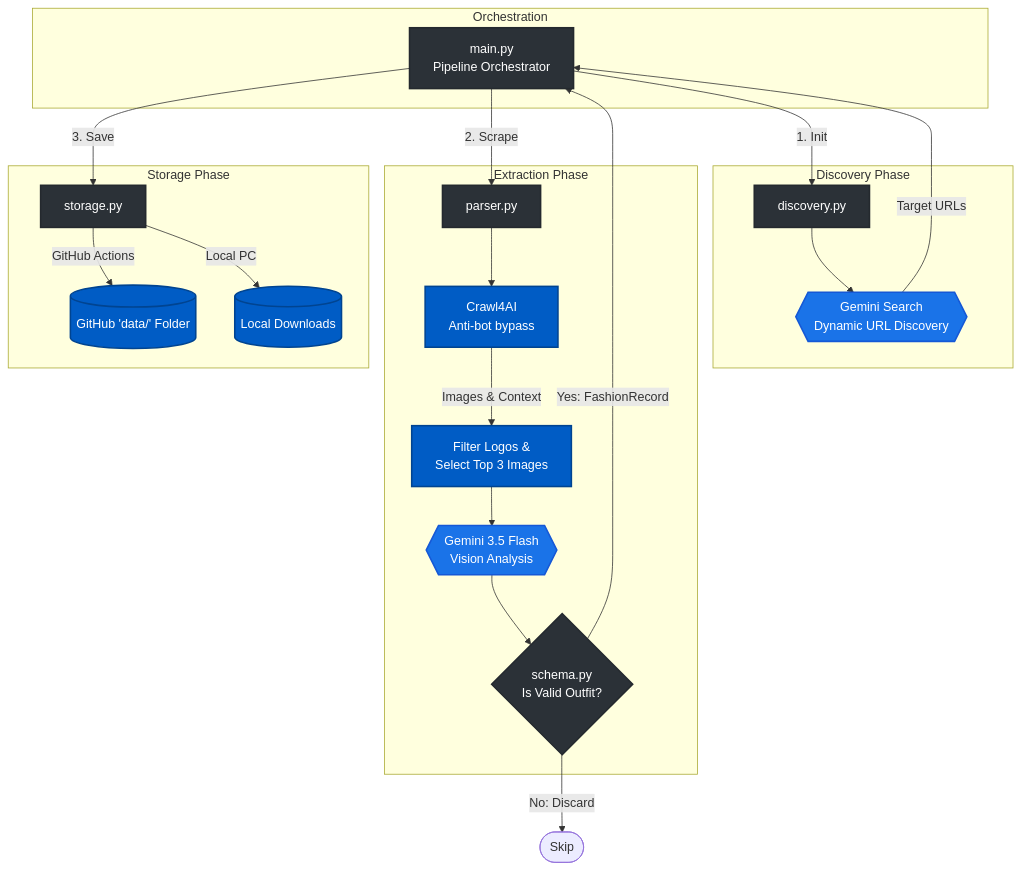
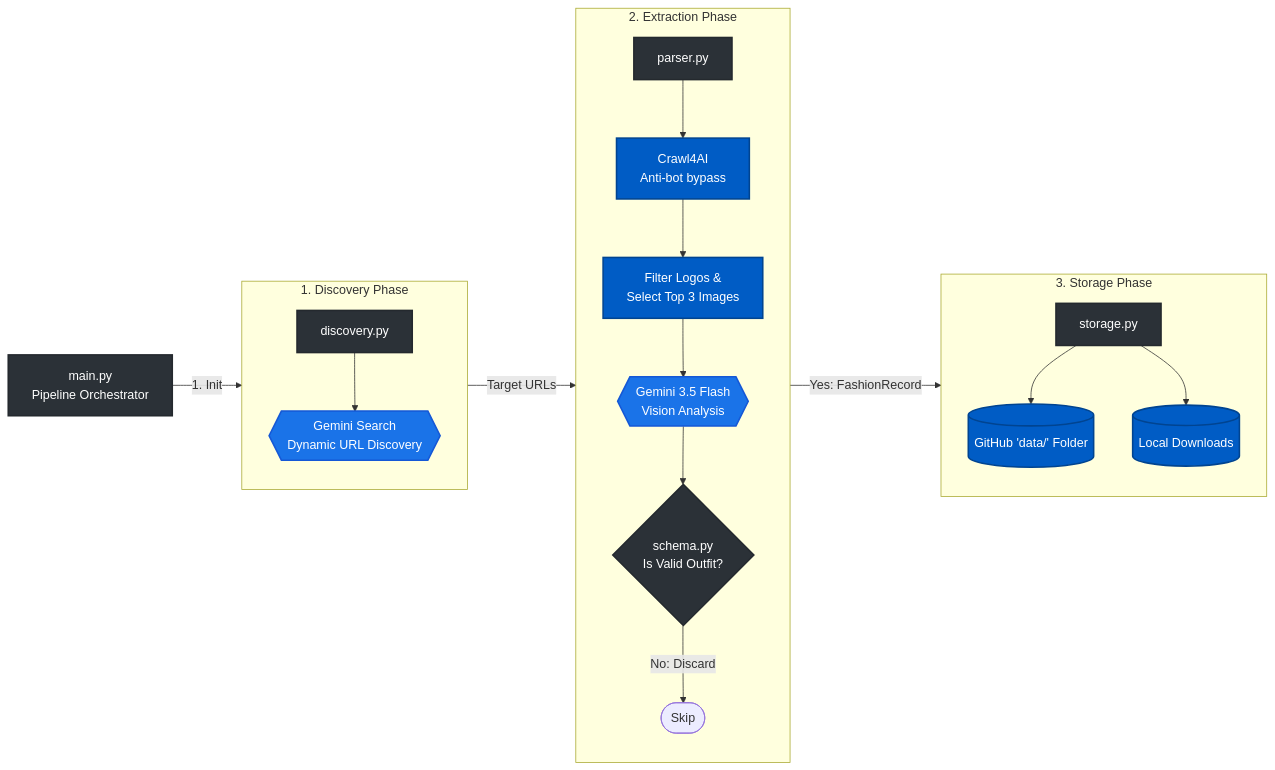
The diagram in README.md (kleinnconrad/style_dataset), drawn with Mermaid before and after one commit.

Commit message:
fix: rework mermaid diagram entirely

````diff
--- a/README.md
+++ b/README.md
@@ -55,57 +55,38 @@
 ```mermaid
-flowchart TD
-    subgraph Orchestration
-        Main[main.py<br>Pipeline Orchestrator]
+flowchart LR
+    Main[main.py<br>Pipeline Orchestrator]
+
+    Main -->|1. Init| Disc
+
+    subgraph Phase1 [1. Discovery Phase]
+        direction TB
+        Disc[discovery.py] --> GemSearch{{Gemini Search<br>Dynamic URL Discovery}}
     end
 
-    subgraph Discovery Phase
-        Disc[discovery.py]
-        GemSearch{{Gemini Search<br>Dynamic URL Discovery}}
+    GemSearch -->|Target URLs| Parse
+
+    subgraph Phase2 [2. Extraction Phase]
+        direction TB
+        Parse[parser.py] --> Crawl[Crawl4AI<br>Anti-bot bypass]
+        Crawl --> Filter[Filter Logos &<br>Select Top 3 Images]
+        Filter --> Vision{{Gemini 3.5 Flash<br>Vision Analysis}}
+        Vision --> Schema{schema.py<br>Is Valid Outfit?}
+        Schema -->|No: Discard| Discard([Skip])
     end
 
-    subgraph Extraction Phase
-        Parse[parser.py]
-        Crawl[Crawl4AI<br>Anti-bot bypass]
-        Filter[Filter Logos &<br>Select Top 3 Images]
-        Vision{{Gemini 3.5 Flash<br>Vision Analysis}}
-        Schema{schema.py<br>Is Valid Outfit?}
+    Schema -->|Yes: FashionRecord| Store
+
+    subgraph Phase3 [3. Storage Phase]
+        direction TB
+        Store[storage.py] --> Git[(GitHub 'data/' Folder)]
+        Store --> Local[(Local Downloads)]
     end
-
-    subgraph Storage Phase
-        Store[storage.py]
-        Git[(GitHub 'data/' Folder)]
-        Local[(Local Downloads)]
-    end
-
-    %% Define main branches 1, 2, 3
-    Main -->|1. Init| Disc
-    Main -->|2. Scrape| Parse
-    Main -->|3. Save| Store
-    
-    Disc --> GemSearch
-    
-    Parse --> Crawl
-    Crawl -->|Images & Context| Filter
-    Filter --> Vision
-    Vision --> Schema
-    Schema -->|No: Discard| Discard([Skip])
-
-    Store -->|GitHub Actions| Git
-    Store -->|Local PC| Local
-
-    %% Back edges for Discovery and Extraction
-    GemSearch -->|Target URLs| Main
-    Schema -->|Yes: FashionRecord| Main
-
-    %% Invisible back edges for Storage to balance Dagre's cycle resolution
-    Git ~~~ Main
-    Local ~~~ Main
 
     classDef script fill:#2b3137,stroke:#24292e,stroke-width:2px,color:#fff;
     classDef model fill:#1a73e8,stroke:#1558d6,stroke-width:2px,color:#fff;
     classDef logic fill:#005cc5,stroke:#004491,stroke-width:2px,color:#fff;
     
     class Main,Disc,Parse,Store,Schema script;
     class GemSearch,Vision model;
     class Crawl,Filter,Git,Local logic;
 ```
````
